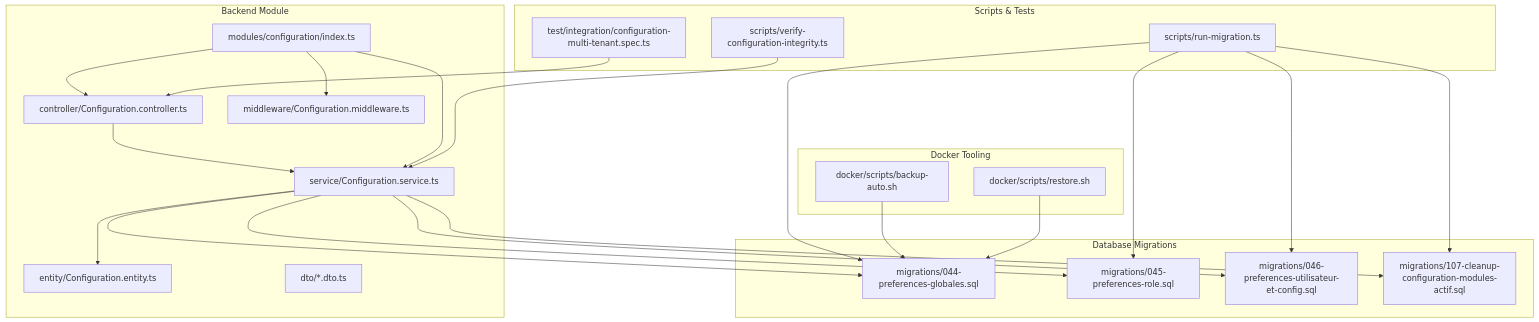
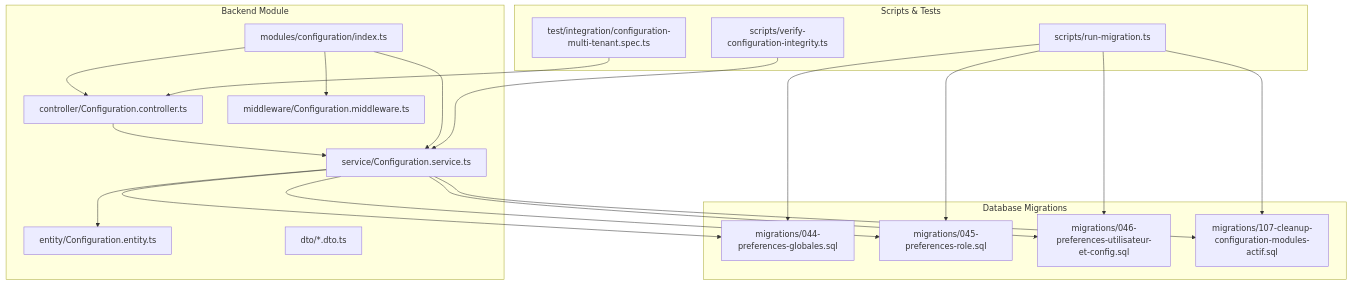
One commit to franckylab/eLISAschool changed the first of 5 diagrams in .qoder/repowiki/en/content/Core Systems/Configuration Management.md. Above: the diagram before and after it, drawn with Mermaid. The commit also changed other lines of this file and 39 other files, not shown here.

````diff
--- a/.qoder/repowiki/en/content/Core Systems/Configuration Management.md
+++ b/.qoder/repowiki/en/content/Core Systems/Configuration Management.md
@@ -50,43 +54,37 @@
 ```mermaid
 graph TB
 subgraph "Backend Module"
 CIndex["modules/configuration/index.ts"]
 CEntity["entity/Configuration.entity.ts"]
 CDTOs["dto/*.dto.ts"]
 CService["service/Configuration.service.ts"]
 CController["controller/Configuration.controller.ts"]
 CMiddleware["middleware/Configuration.middleware.ts"]
 end
 subgraph "Database Migrations"
 M044["migrations/044-preferences-globales.sql"]
 M045["migrations/045-preferences-role.sql"]
 M046["migrations/046-preferences-utilisateur-et-config.sql"]
 M107["migrations/107-cleanup-configuration-modules-actif.sql"]
 end
 subgraph "Scripts & Tests"
 SRun["scripts/run-migration.ts"]
 SVerify["scripts/verify-configuration-integrity.ts"]
 TMulti["test/integration/configuration-multi-tenant.spec.ts"]
 end
-subgraph "Docker Tooling"
-DBackup["docker/scripts/backup-auto.sh"]
-DRestore["docker/scripts/restore.sh"]
-end
 CController --> CService
 CService --> CEntity
 CService --> M044
 CService --> M045
 CService --> M046
 CService --> M107
 CIndex --> CController
 CIndex --> CService
 CIndex --> CMiddleware
 SRun --> M044
 SRun --> M045
 SRun --> M046
 SRun --> M107
 SVerify --> CService
 TMulti --> CController
-DBackup --> M044
-DRestore --> M044
 ```
````
